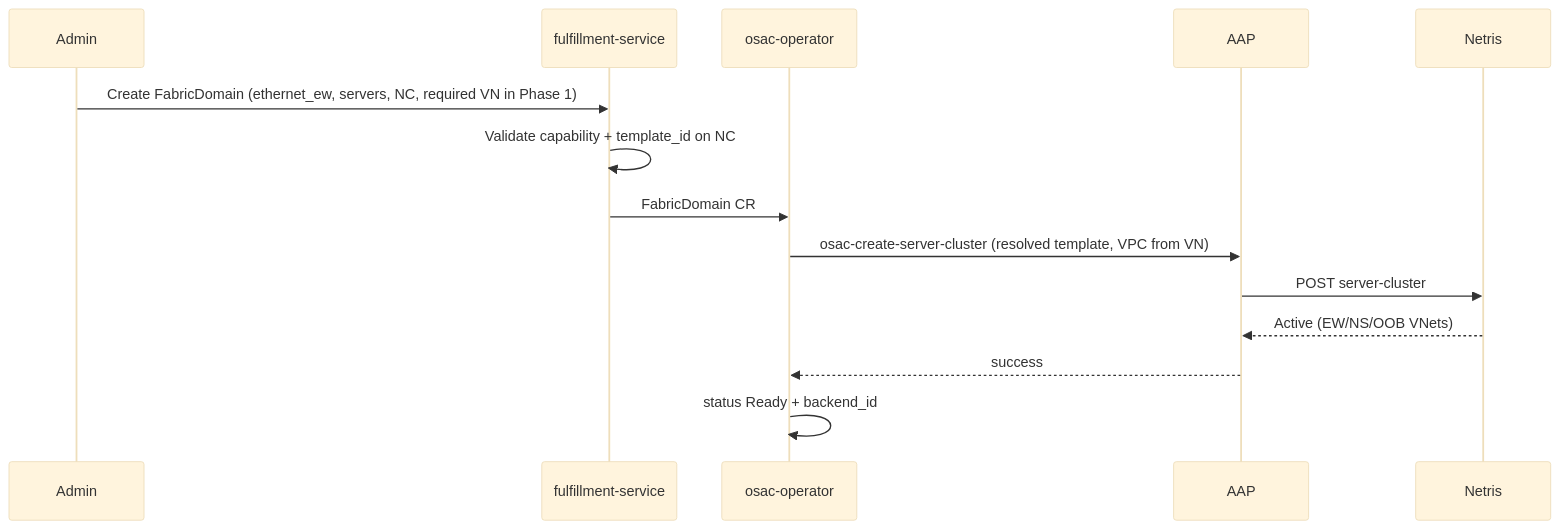
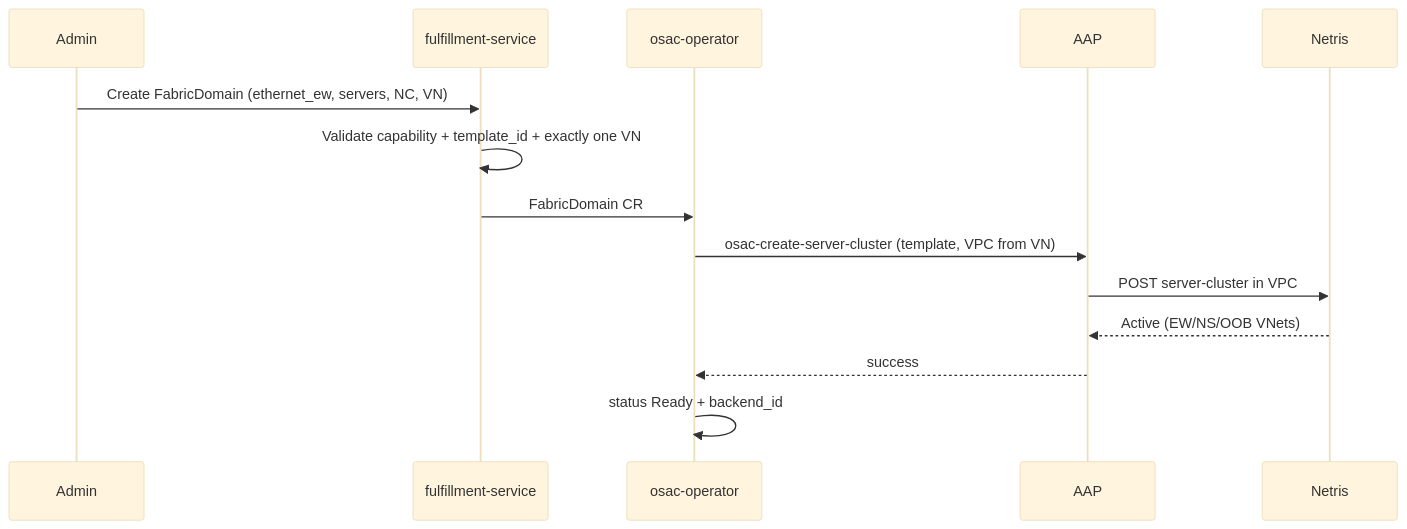
The diagram in enhancements/OSAC-1382-multi-fabric-east-west-networking/design.md (osac-project/enhancement-proposals), drawn with Mermaid (base theme) before and after one commit. The commit also changed other lines of this file, not shown here.

First line of the commit message:
OSAC-1382: Rewrite design doc with N-S/E-W two-plane framing

````diff
--- a/enhancements/OSAC-1382-multi-fabric-east-west-networking/design.md
+++ b/enhancements/OSAC-1382-multi-fabric-east-west-networking/design.md
@@ -487,17 +403,17 @@
 ```mermaid
 sequenceDiagram
   participant Admin
   participant FS as fulfillment-service
   participant Op as osac-operator
   participant AAP
   participant Netris
 
-  Admin->>FS: Create FabricDomain (ethernet_ew, servers, NC, required VN in Phase 1)
-  FS->>FS: Validate capability + template_id on NC
+  Admin->>FS: Create FabricDomain (ethernet_ew, servers, NC, VN)
+  FS->>FS: Validate capability + template_id + exactly one VN
   FS->>Op: FabricDomain CR
-  Op->>AAP: osac-create-server-cluster (resolved template, VPC from VN)
-  AAP->>Netris: POST server-cluster
+  Op->>AAP: osac-create-server-cluster (template, VPC from VN)
+  AAP->>Netris: POST server-cluster in VPC
   Netris-->>AAP: Active (EW/NS/OOB VNets)
   AAP-->>Op: success
   Op->>Op: status Ready + backend_id
 ```
````
